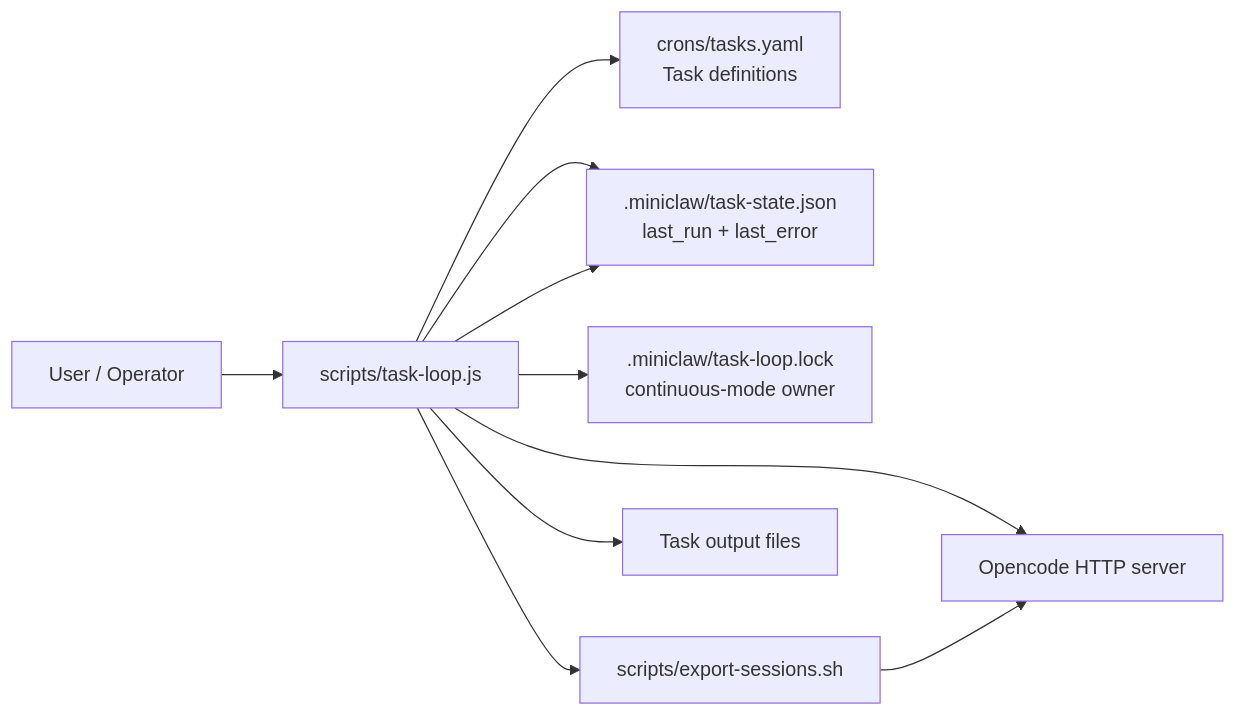
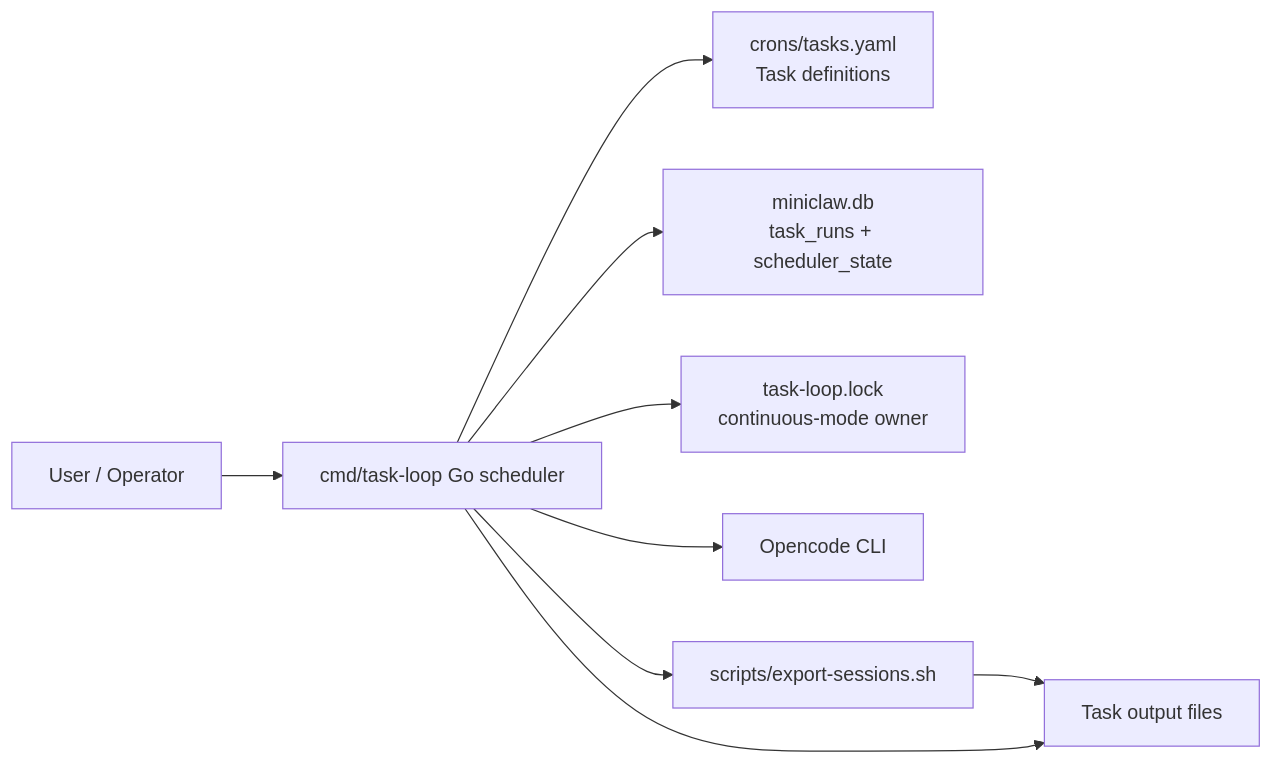
Before and after one commit to vii33/AgentScheduler: the first of 2 diagrams in docs/task-scheduler-architecture.md, drawn with Mermaid. The commit also changed other lines of this file and 15 other files, not shown here.

````diff
--- a/docs/task-scheduler-architecture.md
+++ b/docs/task-scheduler-architecture.md
@@ -25,21 +24,20 @@
 ```mermaid
 flowchart LR
     User[User / Operator]
-    Scheduler[scripts/task-loop.js]
+    Scheduler[cmd/task-loop Go scheduler]
     Tasks[crons/tasks.yaml\nTask definitions]
-    State[.miniclaw/task-state.json\nlast_run + last_error]
-    Lock[.miniclaw/task-loop.lock\ncontinuous-mode owner]
-    Server[Opencode HTTP server]
+    DB[miniclaw.db\ntask_runs + scheduler_state]
+    Lock[task-loop.lock\ncontinuous-mode owner]
+    Server[Opencode CLI]
     Export[scripts/export-sessions.sh]
     Artifact[Task output files]
 
     User --> Scheduler
     Scheduler --> Lock
     Scheduler --> Tasks
-    Scheduler --> State
+    Scheduler --> DB
     Scheduler --> Server
     Scheduler --> Export
-    Export --> Server
+    Export --> Artifact
     Scheduler --> Artifact
-    Scheduler --> State
 ```
````
